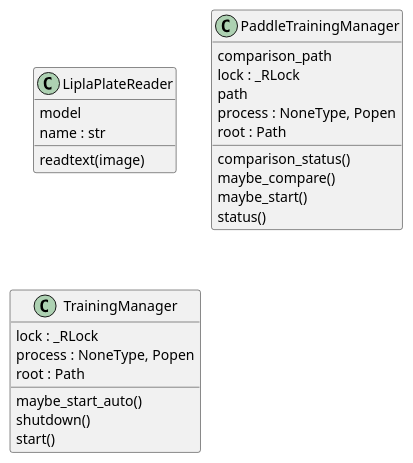
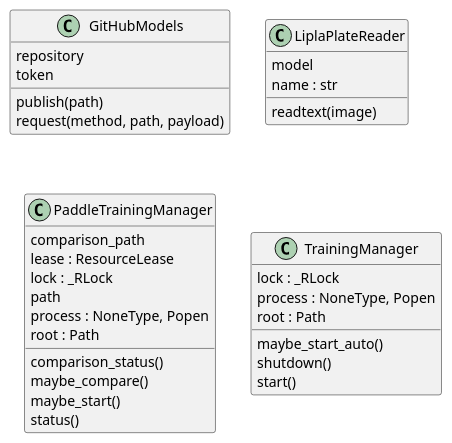
One commit to UeEmon/AI-Gate-System- changed the diagram in docs/generated/learning/classes_GateLearning.puml. Above: the diagram before and after it, drawn with PlantUML. The commit also changed 4 other files, not shown here.

Commit message:
docs: update UML from main code

```diff
--- a/docs/generated/learning/classes_GateLearning.puml
+++ b/docs/generated/learning/classes_GateLearning.puml
@@ -1,27 +1,34 @@
 @startuml classes_GateLearning
 set namespaceSeparator none
+class "GitHubModels" as model_publish.GitHubModels {
+  repository
+  token
+  publish(path)
+  request(method, path, payload)
+}
 class "LiplaPlateReader" as ocr_backends.LiplaPlateReader {
   model
   name : str
   readtext(image)
 }
 class "PaddleTrainingManager" as paddle_auto_train.PaddleTrainingManager {
   comparison_path
+  lease : ResourceLease
   lock : _RLock
   path
   process : NoneType, Popen
   root : Path
   comparison_status()
   maybe_compare()
   maybe_start()
   status()
 }
 class "TrainingManager" as ocr_learning.TrainingManager {
   lock : _RLock
   process : NoneType, Popen
   root : Path
   maybe_start_auto()
   shutdown()
   start()
 }
 @enduml
```
